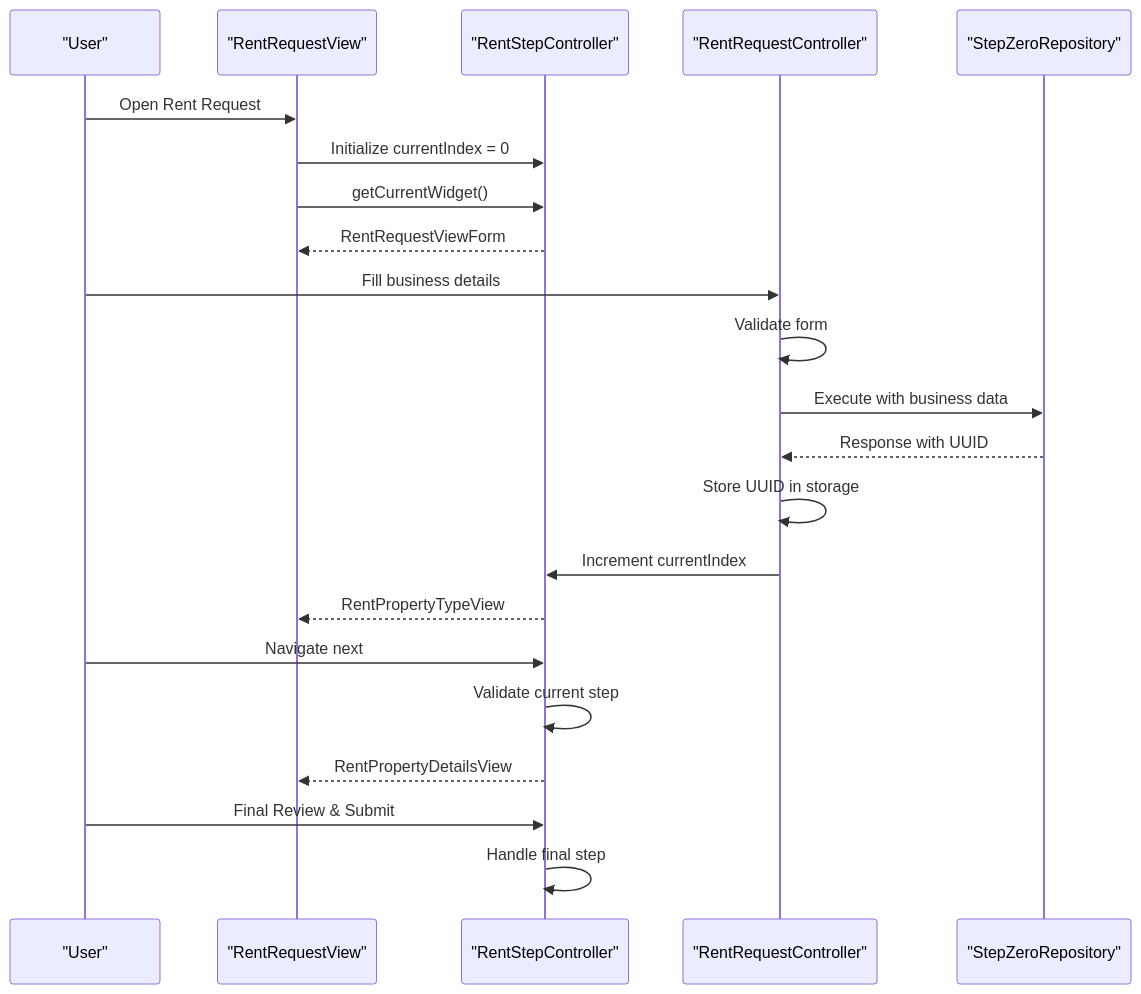
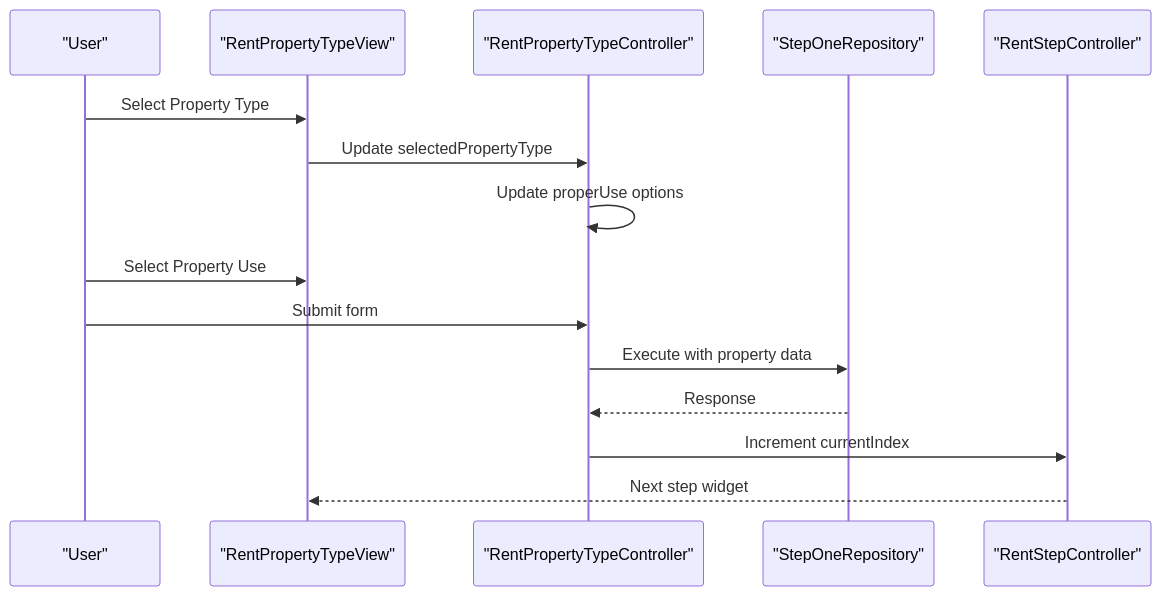
Before and after one commit to Ariful3111/FurniGo: the second of 7 diagrams in .qoder/repowiki/en/content/Core Features/Business Services/Rent Furniture System.md, drawn with Mermaid. The commit also changed other lines of this file and 2 other files, not shown here.

Commit message:
Some Rent Request Completed

````diff
--- a/.qoder/repowiki/en/content/Core Features/Business Services/Rent Furniture System.md
+++ b/.qoder/repowiki/en/content/Core Features/Business Services/Rent Furniture System.md
@@ -128,24 +147,17 @@
 ```mermaid
 sequenceDiagram
 participant User as "User"
-participant View as "RentRequestView"
+participant View as "RentPropertyTypeView"
+participant PropertyTypeController as "RentPropertyTypeController"
+participant StepOneRepo as "StepOneRepository"
 participant StepController as "RentStepController"
-participant RequestController as "RentRequestController"
-participant StepZeroRepo as "StepZeroRepository"
-User->>View : Open Rent Request
-View->>StepController : Initialize currentIndex = 0
-View->>StepController : getCurrentWidget()
-StepController-->>View : RentRequestViewForm
-User->>RequestController : Fill business details
-RequestController->>RequestController : Validate form
-RequestController->>StepZeroRepo : Execute with business data
-StepZeroRepo-->>RequestController : Response with UUID
-RequestController->>RequestController : Store UUID in storage
-RequestController->>StepController : Increment currentIndex
-StepController-->>View : RentPropertyTypeView
-User->>StepController : Navigate next
-StepController->>StepController : Validate current step
-StepController-->>View : RentPropertyDetailsView
-User->>StepController : Final Review & Submit
-StepController->>StepController : Handle final step
+User->>View : Select Property Type
+View->>PropertyTypeController : Update selectedPropertyType
+PropertyTypeController->>PropertyTypeController : Update properUse options
+User->>View : Select Property Use
+User->>PropertyTypeController : Submit form
+PropertyTypeController->>StepOneRepo : Execute with property data
+StepOneRepo-->>PropertyTypeController : Response
+PropertyTypeController->>StepController : Increment currentIndex
+StepController-->>View : Next step widget
 ```
````
